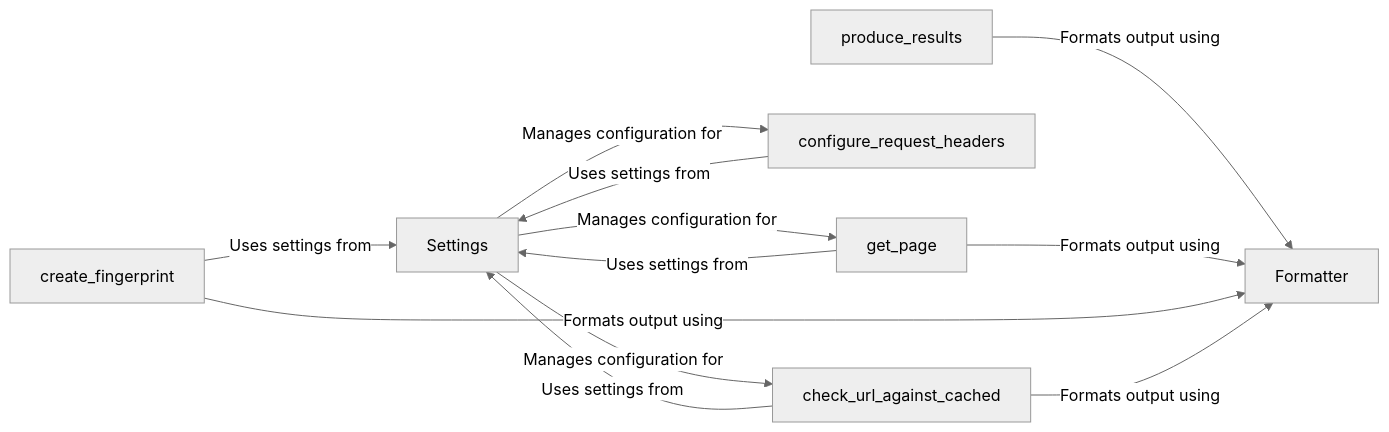
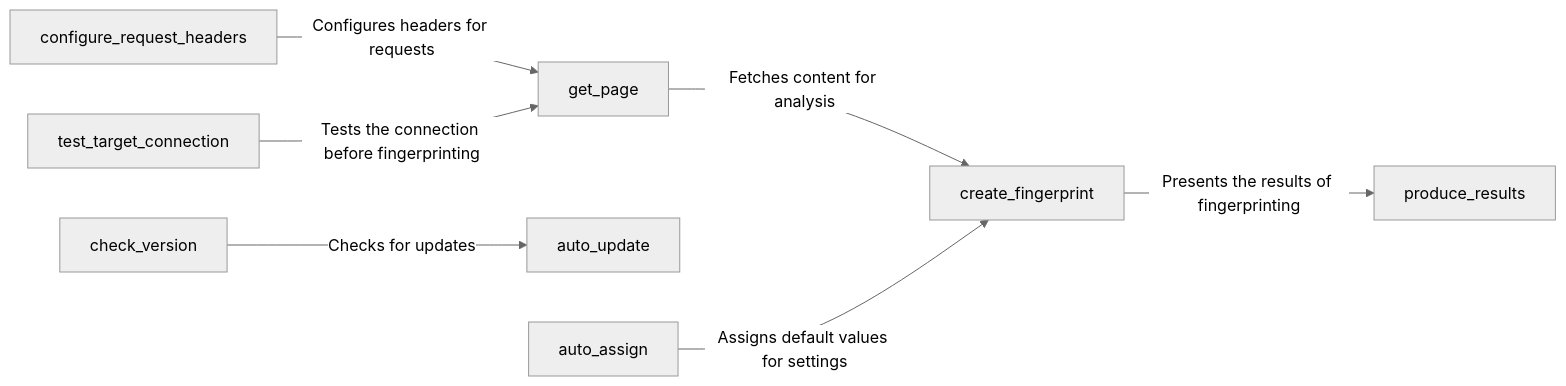
Before and after one commit to CodeBoarding/GeneratedOnBoardings: the diagram in WhatWaf/Configuration Manager.md, drawn with Mermaid (neutral theme). The commit also changed other lines of this file and 12 other files, not shown here.

````diff
--- a/WhatWaf/Configuration Manager.md
+++ b/WhatWaf/Configuration Manager.md
@@ -1,21 +1,17 @@
 ```mermaid
 graph LR
-    Settings["Settings"]
-    Formatter["Formatter"]
     get_page["get_page"]
     configure_request_headers["configure_request_headers"]
-    check_url_against_cached["check_url_against_cached"]
+    create_fingerprint["create_fingerprint"]
+    test_target_connection["test_target_connection"]
+    auto_update["auto_update"]
     produce_results["produce_results"]
-    create_fingerprint["create_fingerprint"]
-    Settings -- "Manages configuration for" --> get_page
-    Settings -- "Manages configuration for" --> configure_request_headers
-    Settings -- "Manages configuration for" --> check_url_against_cached
-    get_page -- "Uses settings from" --> Settings
-    configure_request_headers -- "Uses settings from" --> Settings
-    check_url_against_cached -- "Uses settings from" --> Settings
-    produce_results -- "Formats output using" --> Formatter
-    create_fingerprint -- "Uses settings from" --> Settings
-    get_page -- "Formats output using" --> Formatter
-    create_fingerprint -- "Formats output using" --> Formatter
-    check_url_against_cached -- "Formats output using" --> Formatter
+    check_version["check_version"]
+    auto_assign["auto_assign"]
+    get_page -- "Fetches content for analysis" --> create_fingerprint
+    configure_request_headers -- "Configures headers for requests" --> get_page
+    create_fingerprint -- "Presents the results of fingerprinting" --> produce_results
+    auto_assign -- "Assigns default values for settings" --> create_fingerprint
+    test_target_connection -- "Tests the connection before fingerprinting" --> get_page
+    check_version -- "Checks for updates" --> auto_update
 ```
````
